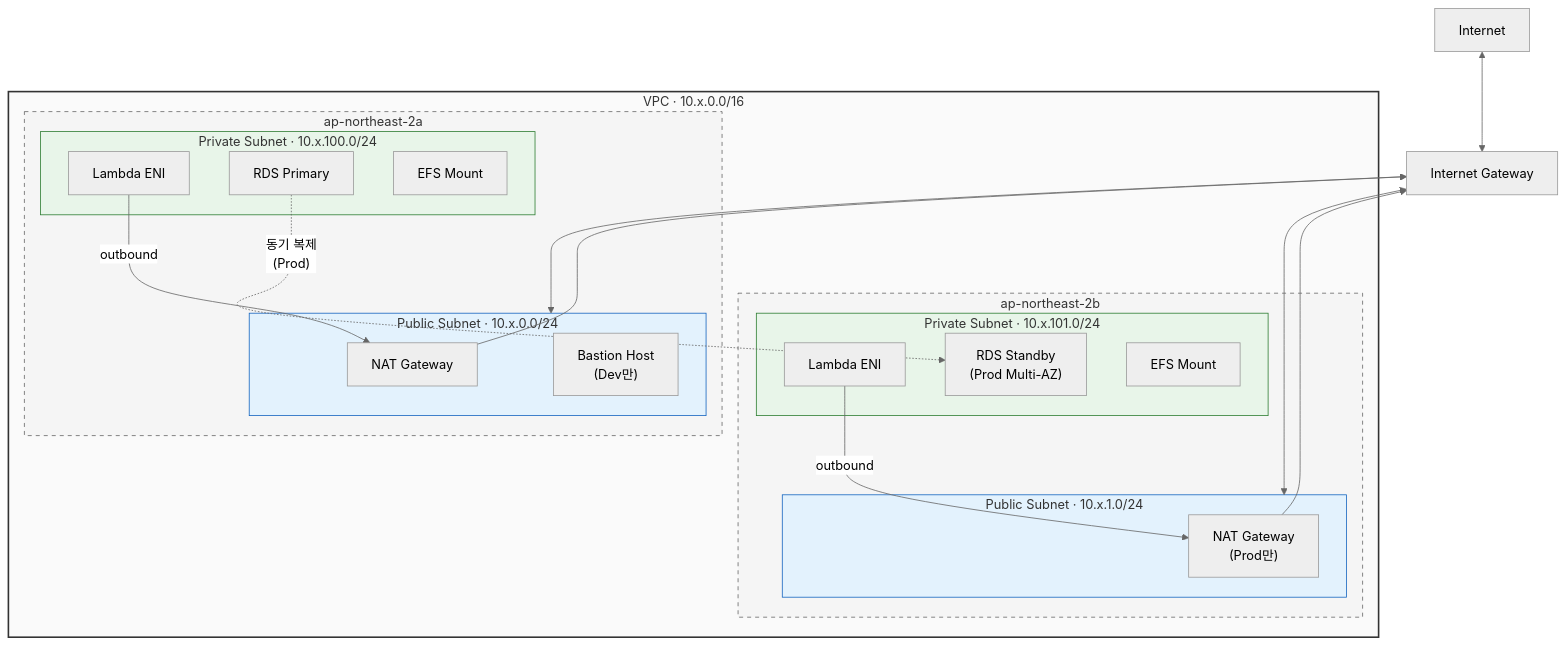
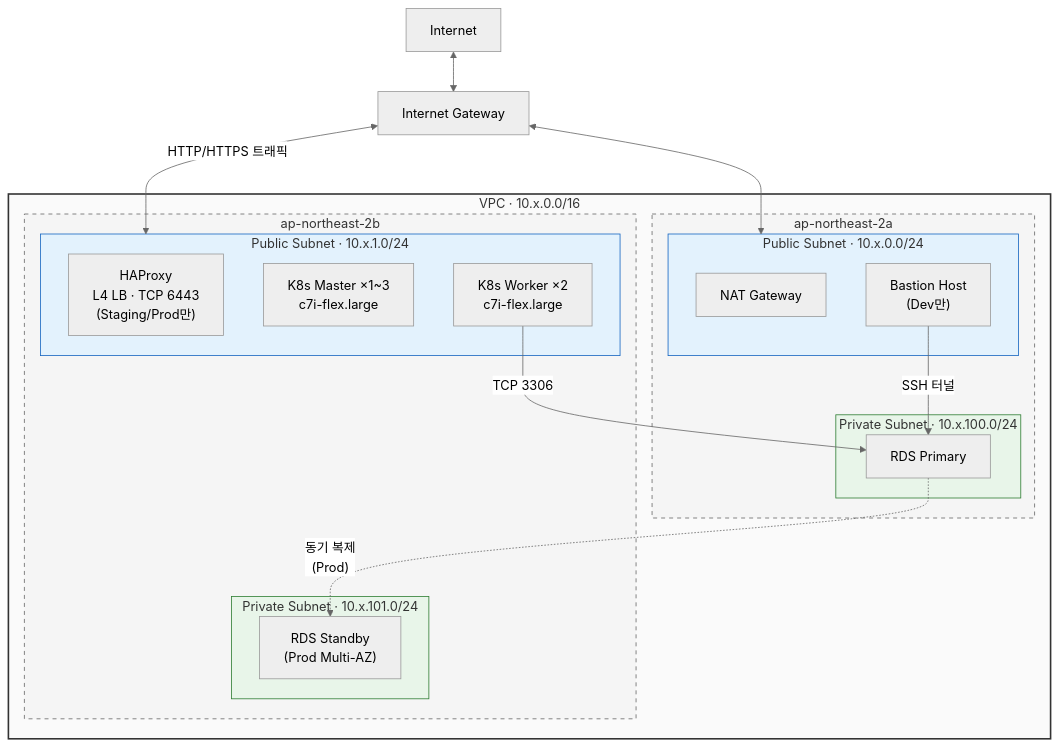
Before and after one commit to revenantonthemission/2-cho-community-infra: the second of 18 diagrams in report.md, drawn with Mermaid (neutral theme). The commit also changed other lines of this file and 4 other files, not shown here.

````diff
--- a/report.md
+++ b/report.md
@@ -213,45 +169,43 @@
 ```mermaid
 flowchart TD
     Internet["Internet"]
     IGW["Internet Gateway"]
 
     subgraph VPC["VPC · 10.x.0.0/16"]
         subgraph AZ_A["ap-northeast-2a"]
             subgraph PubA["Public Subnet · 10.x.0.0/24"]
                 NAT_A["NAT Gateway"]
                 Bastion["Bastion Host<br/>(Dev만)"]
             end
             subgraph PrivA["Private Subnet · 10.x.100.0/24"]
-                Lambda_A["Lambda ENI"]
                 RDS_Primary["RDS Primary"]
-                EFS_A["EFS Mount"]
             end
         end
 
         subgraph AZ_B["ap-northeast-2b"]
             subgraph PubB["Public Subnet · 10.x.1.0/24"]
-                NAT_B["NAT Gateway<br/>(Prod만)"]
+                HAProxy["HAProxy<br/>L4 LB · TCP 6443<br/>(Staging/Prod만)"]
+                K8sMaster["K8s Master ×1~3<br/>c7i-flex.large"]
+                K8sWorker["K8s Worker ×2<br/>c7i-flex.large"]
             end
             subgraph PrivB["Private Subnet · 10.x.101.0/24"]
-                Lambda_B["Lambda ENI"]
                 RDS_Standby["RDS Standby<br/>(Prod Multi-AZ)"]
-                EFS_B["EFS Mount"]
             end
         end
     end
 
     Internet <--> IGW
     IGW <--> PubA
-    IGW <--> PubB
-    Lambda_A -- "outbound" --> NAT_A --> IGW
-    Lambda_B -- "outbound" --> NAT_B --> IGW
+    IGW <-->|"HTTP/HTTPS 트래픽"| PubB
+    Bastion -->|"SSH 터널"| RDS_Primary
+    K8sWorker -->|"TCP 3306"| RDS_Primary
     RDS_Primary -. "동기 복제<br/>(Prod)" .-> RDS_Standby
 
     style VPC fill:#fafafa,stroke:#333,stroke-width:2px
     style AZ_A fill:#f5f5f5,stroke:#666,stroke-dasharray:5 5
     style AZ_B fill:#f5f5f5,stroke:#666,stroke-dasharray:5 5
     style PubA fill:#e3f2fd,stroke:#1565c0
     style PubB fill:#e3f2fd,stroke:#1565c0
     style PrivA fill:#e8f5e9,stroke:#2e7d32
     style PrivB fill:#e8f5e9,stroke:#2e7d32
 ```
````
